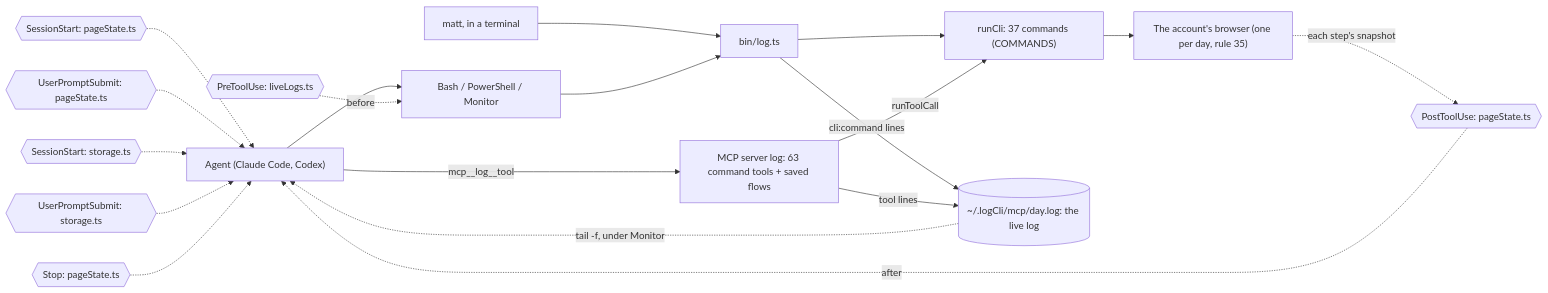
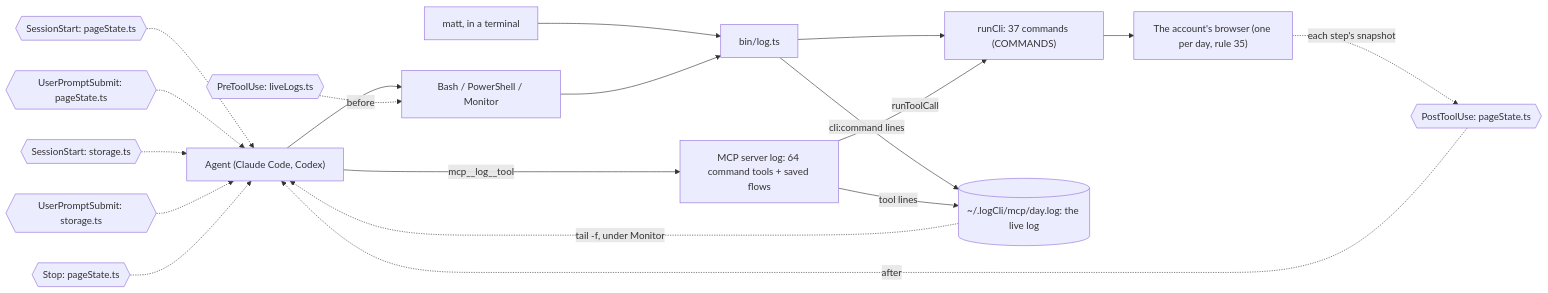
One commit to matthewdonsemail-lab/log changed the diagram in docs/diagrams/surface.mmd. Above: the diagram before and after it, drawn with Mermaid. The commit also changed 104 other files, not shown here.

```diff
--- a/docs/diagrams/surface.mmd
+++ b/docs/diagrams/surface.mmd
@@ -1,29 +1,29 @@
 %% How a call reaches log-cli. From a shell or over MCP, both run the same commands through `runCli`, write the same live log, and pass through the same hooks.
 %% Written by `bun run docs:build` from the code (rule 56). Not edited by hand.
 flowchart LR
   agent["Agent (Claude Code, Codex)"]
   matt["matt, in a terminal"]
   shell["Bash / PowerShell / Monitor"]
-  mcp["MCP server log: 63 command tools + saved flows"]
+  mcp["MCP server log: 64 command tools + saved flows"]
   bin["bin/log.ts"]
   runCli["runCli: 37 commands (COMMANDS)"]
   live[("~/.logCli/mcp/day.log: the live log")]
   browser["The account's browser (one per day, rule 35)"]
   agent --> shell
   matt --> bin
   shell --> bin
   agent -->|mcp__log__tool| mcp
   bin --> runCli
   mcp -->|runToolCall| runCli
   runCli --> browser
   bin -->|cli:command lines| live
   mcp -->|tool lines| live
   live -.->|tail -f, under Monitor| agent
   pre0{{"PreToolUse: liveLogs.ts"}} -.->|before| shell
   post0{{"PostToolUse: pageState.ts"}} -.->|after| agent
   turn0{{"SessionStart: pageState.ts"}} -.-> agent
   turn1{{"UserPromptSubmit: pageState.ts"}} -.-> agent
   turn2{{"SessionStart: storage.ts"}} -.-> agent
   turn3{{"UserPromptSubmit: storage.ts"}} -.-> agent
   turn4{{"Stop: pageState.ts"}} -.-> agent
   browser -.->|each step's snapshot| post0
```
